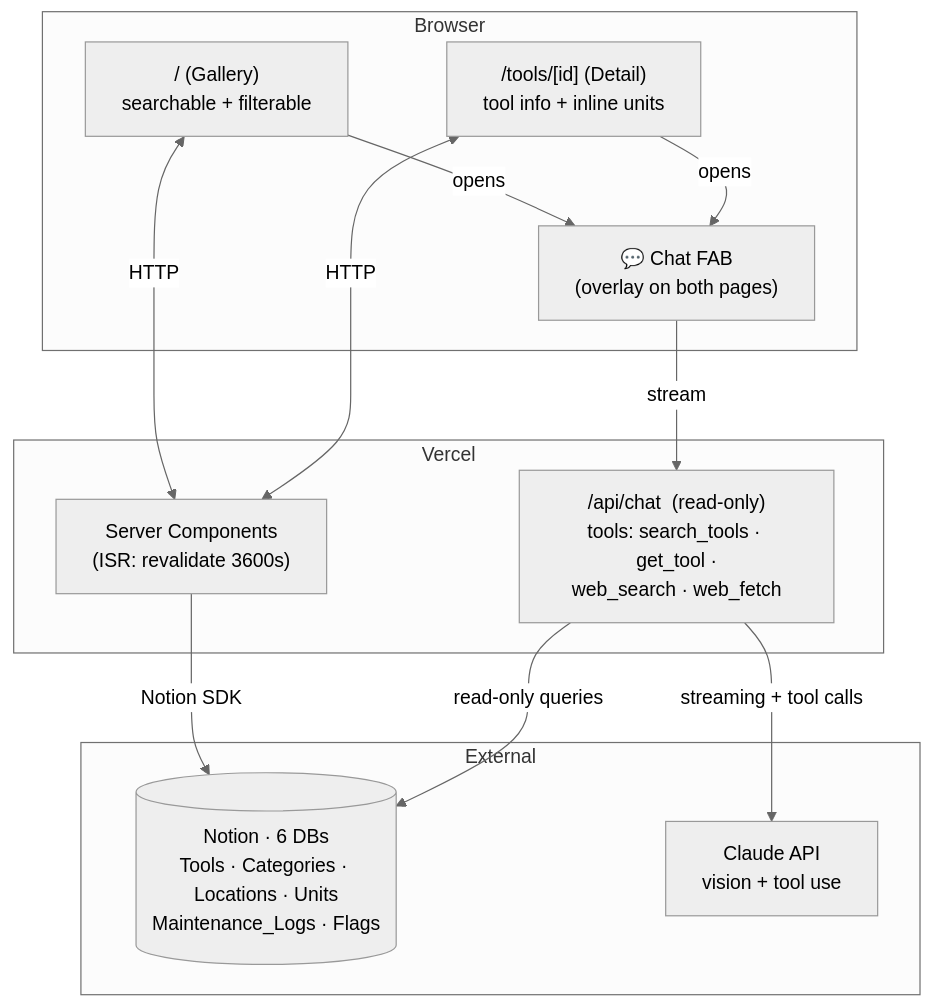
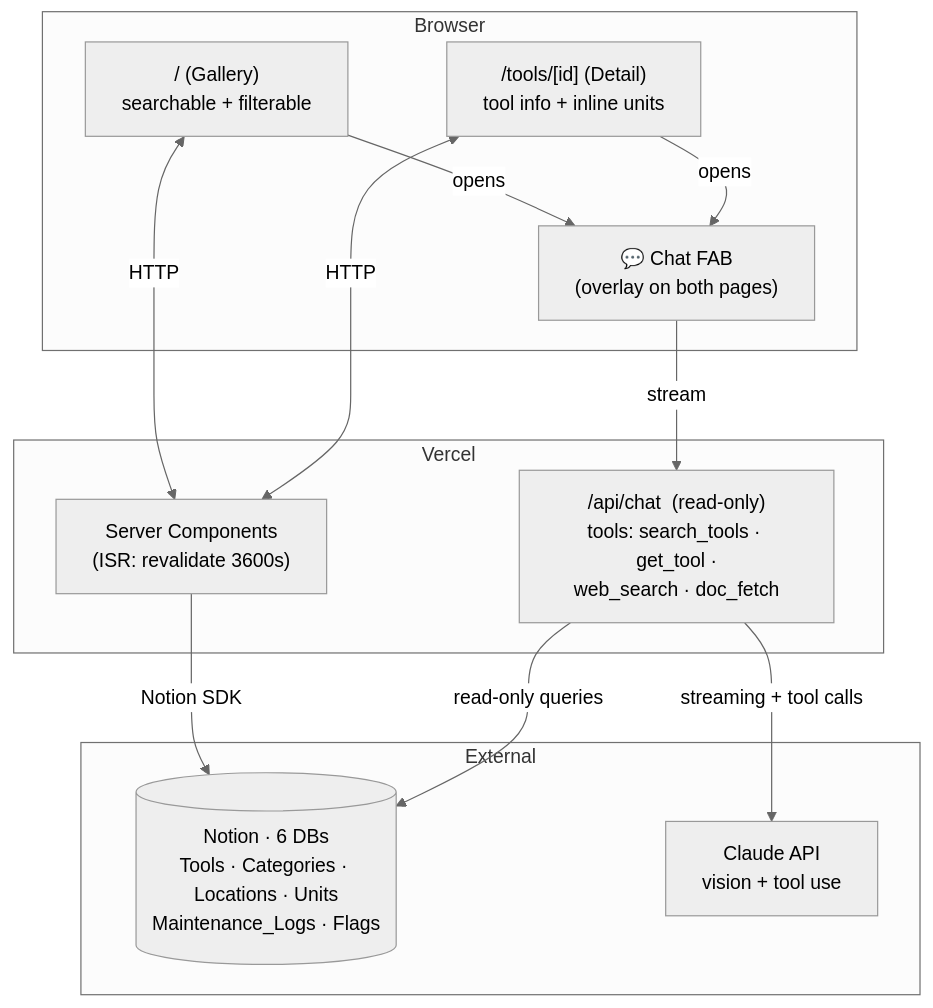
One commit to philosophercode/makerlab-tools changed the diagram in docs/v5-plan.md. Above: the diagram before and after it, drawn with Mermaid (neutral theme). The commit also changed other lines of this file and 2 other files, not shown here.

Commit message:
Refine v5 architecture and design plan

````diff
--- a/docs/v5-plan.md
+++ b/docs/v5-plan.md
@@ -19,27 +19,27 @@
 ```mermaid
 graph TB
     subgraph Browser["Browser"]
         Gallery["/  (Gallery)<br/>searchable + filterable"]
         Detail["/tools/[id]  (Detail)<br/>tool info + inline units"]
         ChatFAB["💬 Chat FAB<br/>(overlay on both pages)"]
     end
 
     subgraph Vercel["Vercel"]
         Pages["Server Components<br/>(ISR: revalidate 3600s)"]
-        ChatAPI["/api/chat  (read-only)<br/>tools: search_tools · get_tool ·<br/>web_search · web_fetch"]
+        ChatAPI["/api/chat  (read-only)<br/>tools: search_tools · get_tool ·<br/>web_search · doc_fetch"]
     end
 
     subgraph External["External"]
         Notion[("Notion · 6 DBs<br/>Tools · Categories · Locations · Units<br/>Maintenance_Logs · Flags")]
         Claude["Claude API<br/>vision + tool use"]
     end
 
     Gallery -->|opens| ChatFAB
     Detail -->|opens| ChatFAB
     Gallery <-->|HTTP| Pages
     Detail <-->|HTTP| Pages
     ChatFAB -->|stream| ChatAPI
     Pages -->|Notion SDK| Notion
     ChatAPI -->|streaming + tool calls| Claude
     ChatAPI -->|read-only queries| Notion
 ```
````
